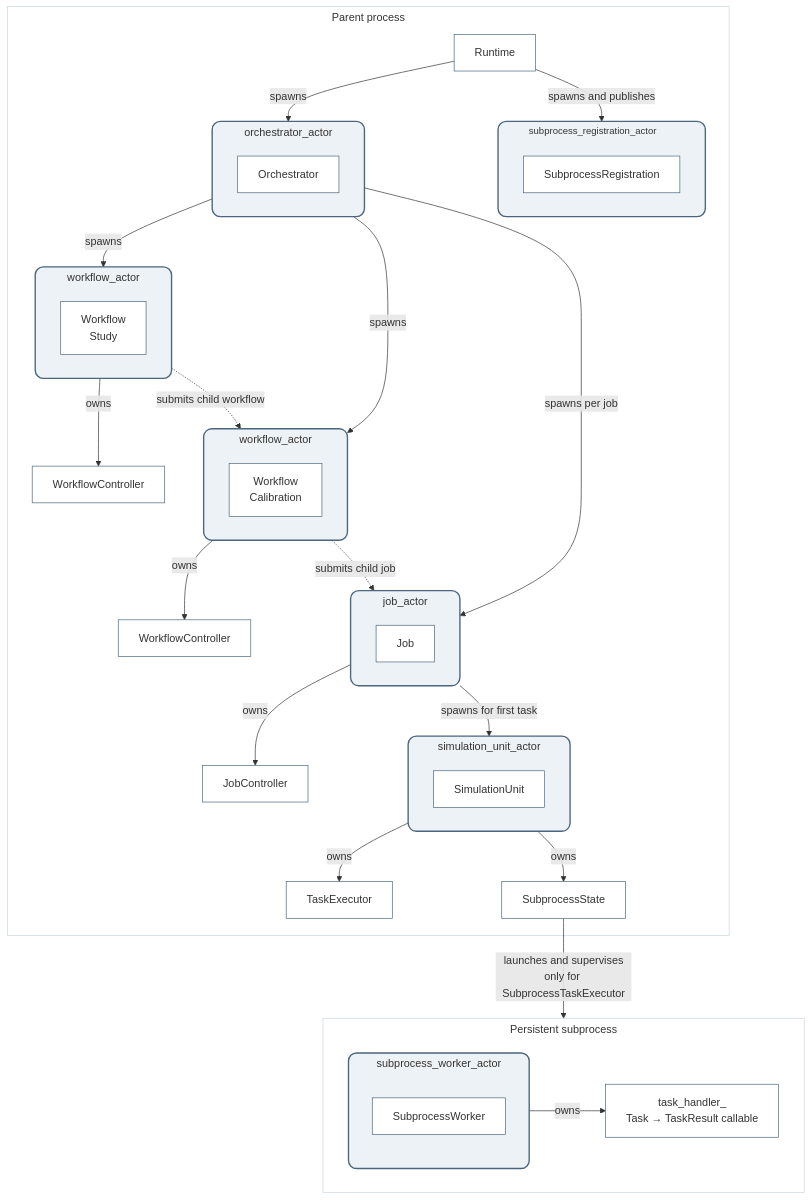
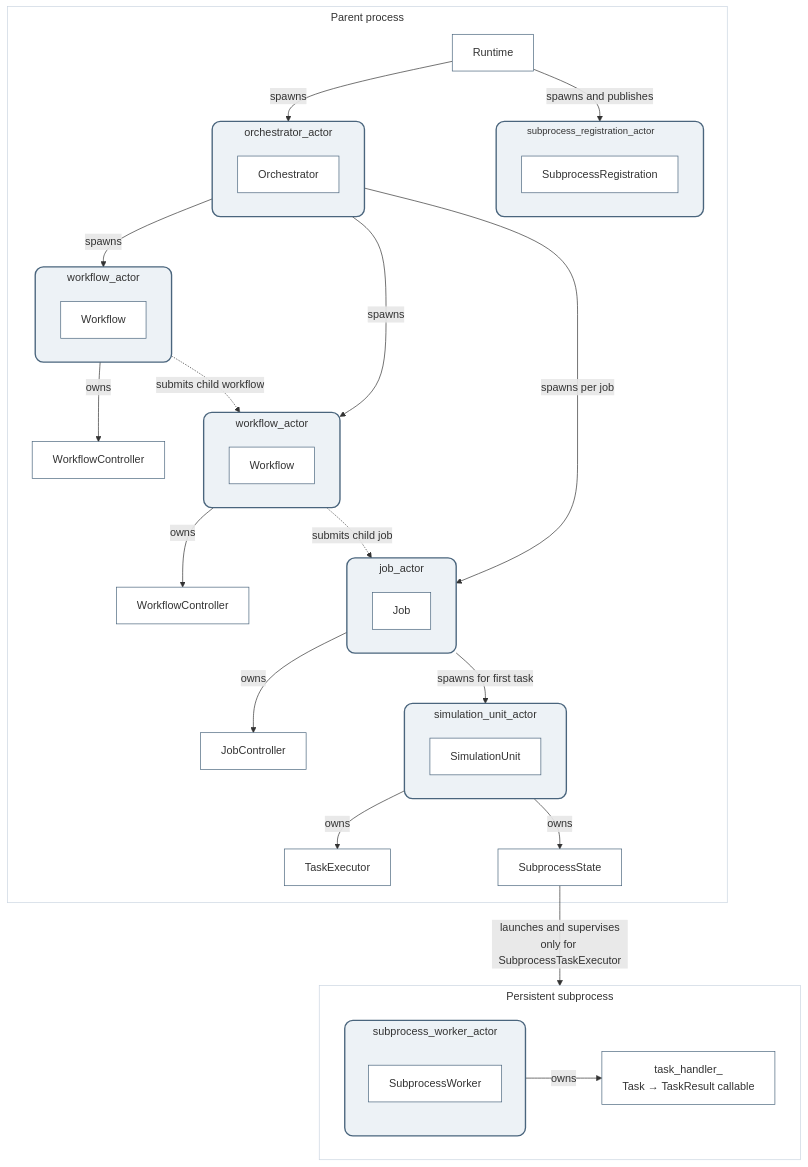
Before and after one commit to uofs-simlab/miaow-framework: the diagram in docs/diagrams/orchestration.mmd, drawn with Mermaid.

Commit message:
update diagram

```diff
--- a/docs/diagrams/orchestration.mmd
+++ b/docs/diagrams/orchestration.mmd
@@ -1,68 +1,68 @@
 ---
 config:
   flowchart:
     wrappingWidth: 320
     subGraphTitleMargin:
       top: 4
       bottom: 12
 ---
 flowchart TB
     subgraph Parent["Parent process"]
         R["Runtime"]
         subgraph O["orchestrator_actor"]
             OS["Orchestrator"]
         end
         subgraph F["workflow_actor"]
-            FS["Workflow<br/>Study"]
+            FS["Workflow<br/>"]
         end
         subgraph G["workflow_actor"]
-            GS["Workflow<br/>Calibration"]
+            GS["Workflow<br/>"]
         end
         subgraph J["job_actor"]
             JS["Job"]
         end
         subgraph U["simulation_unit_actor"]
             US["SimulationUnit"]
         end
         FC["WorkflowController"]
         GC["WorkflowController"]
         C["JobController"]
         E["TaskExecutor"]
         P["SubprocessState"]
         subgraph Reg["subprocess_registration_actor"]
             RS["SubprocessRegistration"]
         end
 
         R -->|spawns| O
         R -->|spawns and publishes| Reg
         O -->|spawns| F
         O -->|spawns| G
         O -->|spawns per job| J
         F -->|owns| FC
         G -->|owns| GC
         F -. submits child workflow .-> G
         G -. submits child job .-> J
         J -->|owns| C
         J -->|spawns for first task| U
         U -->|owns| E
         U -->|owns| P
     end
 
     subgraph Child["Persistent subprocess"]
         direction LR
         subgraph W["subprocess_worker_actor"]
             WS["SubprocessWorker"]
         end
         H["task_handler_<br/>Task → TaskResult callable"]
         W -->|owns| H
     end
 
     P -->|"launches and supervises<br/>only for SubprocessTaskExecutor"| Child
 
     classDef actor fill:#edf2f6,stroke:#4a657d,stroke-width:2px,rx:12px,ry:12px
     classDef object fill:#ffffff,stroke:#4a657d,stroke-width:1px
     class O,F,G,J,U,Reg,W actor
     class R,OS,FS,GS,JS,US,FC,GC,C,E,P,RS,WS,H object
     style Reg font-size:14px
     style Parent fill:transparent,stroke:#cbd5e1
     style Child fill:transparent,stroke:#cbd5e1
```
